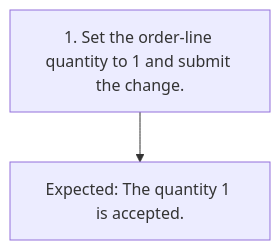
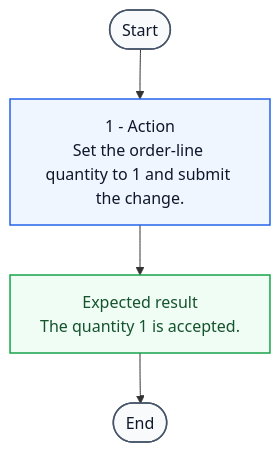
The diagram in examples/expected-output/test-cases-md/TC-002.md (Soturine/functional-test-designer), drawn with Mermaid before and after one commit. The commit also changed 17 other files, not shown here.

Commit message:
feat: improve offline mermaid test flows

````diff
--- a/examples/expected-output/test-cases-md/TC-002.md
+++ b/examples/expected-output/test-cases-md/TC-002.md
@@ -37,6 +37,18 @@
 ```mermaid
 flowchart TD
-    A1["1. Set the order-line quantity to 1 and submit the change."]
-    E1["Expected: The quantity 1 is accepted."]
-    A1 --> E1
+    S([Start])
+    A1["1 - Action<br/>Set the order-line quantity to 1 and submit the change."]
+    R1["Expected result<br/>The quantity 1 is accepted."]
+    F([End])
+
+    S --> A1 --> R1 --> F
+
+    classDef startEnd fill:#f8fafc,stroke:#475569,stroke-width:1.5px,color:#0f172a;
+    classDef action fill:#eff6ff,stroke:#2563eb,stroke-width:1.5px,color:#0f172a;
+    classDef expected fill:#f0fdf4,stroke:#16a34a,stroke-width:1.5px,color:#14532d;
+    classDef clarification fill:#fff7ed,stroke:#ea580c,stroke-width:1.5px,color:#7c2d12,stroke-dasharray:4 3;
+
+    class S,F startEnd;
+    class A1 action;
+    class R1 expected;
 ```
````
